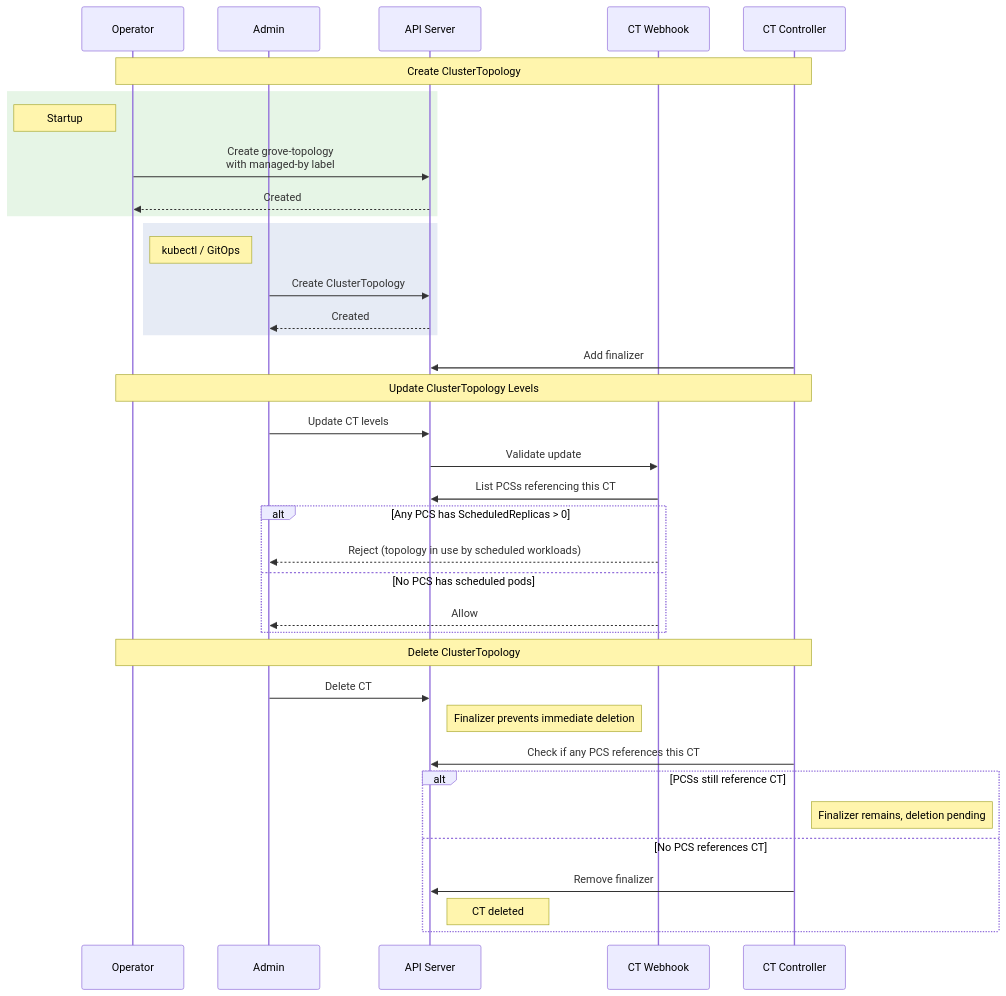
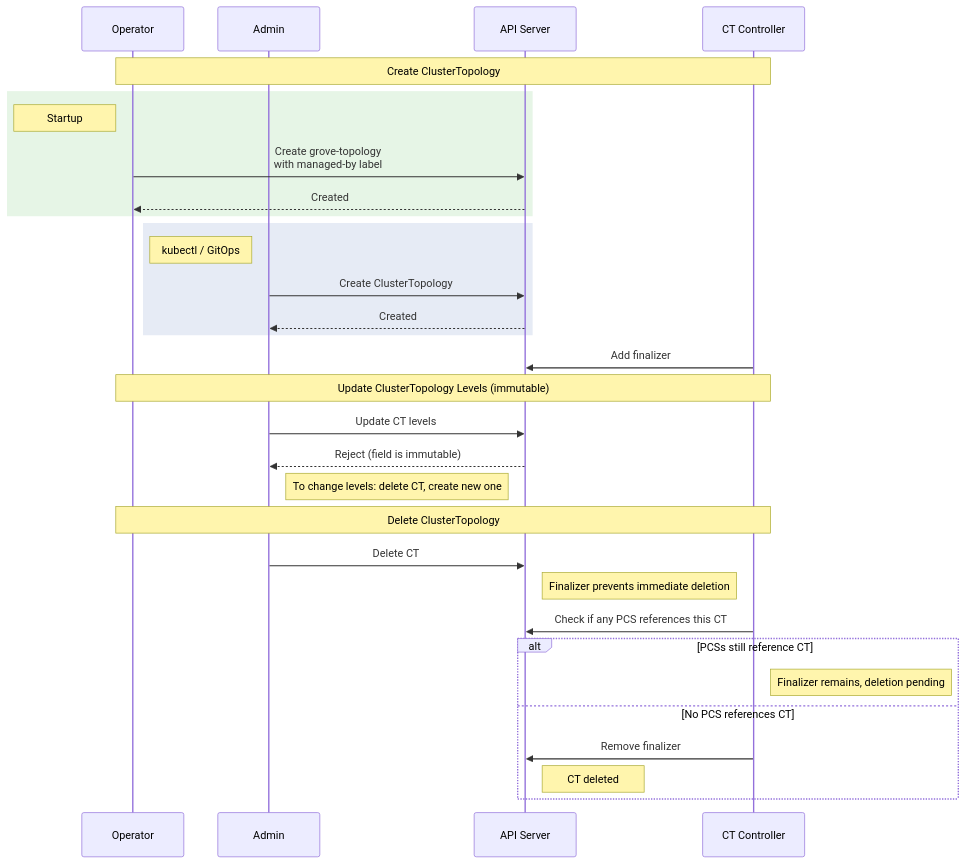
The diagram in docs/proposals/244-topology-aware-scheduling/README.md (ai-dynamo/grove), drawn with Mermaid before and after one commit. The commit also changed other lines of this file, not shown here.

First line of the commit message:
make ClusterTopology levels immutable via CEL validation

````diff
--- a/docs/proposals/244-topology-aware-scheduling/README.md
+++ b/docs/proposals/244-topology-aware-scheduling/README.md
@@ -534,47 +534,41 @@
 ```mermaid
 sequenceDiagram
     participant Op as Operator
     participant Admin
     participant API as API Server
-    participant CTW as CT Webhook
     participant CTC as CT Controller
 
     Note over Op, CTC: Create ClusterTopology
 
     rect rgb(230, 245, 230)
         Note left of Op: Startup
         Op->>API: Create grove-topology<br/>with managed-by label
         API-->>Op: Created
     end
 
     rect rgb(230, 235, 245)
         Note left of Admin: kubectl / GitOps
         Admin->>API: Create ClusterTopology
         API-->>Admin: Created
     end
 
     CTC->>API: Add finalizer
 
-    Note over Op, CTC: Update ClusterTopology Levels
+    Note over Op, CTC: Update ClusterTopology Levels (immutable)
 
     Admin->>API: Update CT levels
-    API->>CTW: Validate update
-    CTW->>API: List PCSs referencing this CT
-    alt Any PCS has ScheduledReplicas > 0
-        CTW-->>Admin: Reject (topology in use by scheduled workloads)
-    else No PCS has scheduled pods
-        CTW-->>Admin: Allow
-    end
+    API-->>Admin: Reject (field is immutable)
+    Note right of Admin: To change levels: delete CT, create new one
 
     Note over Op, CTC: Delete ClusterTopology
 
     Admin->>API: Delete CT
     Note right of API: Finalizer prevents immediate deletion
     CTC->>API: Check if any PCS references this CT
     alt PCSs still reference CT
         Note right of CTC: Finalizer remains, deletion pending
     else No PCS references CT
         CTC->>API: Remove finalizer
         Note right of API: CT deleted
     end
 ```
````
